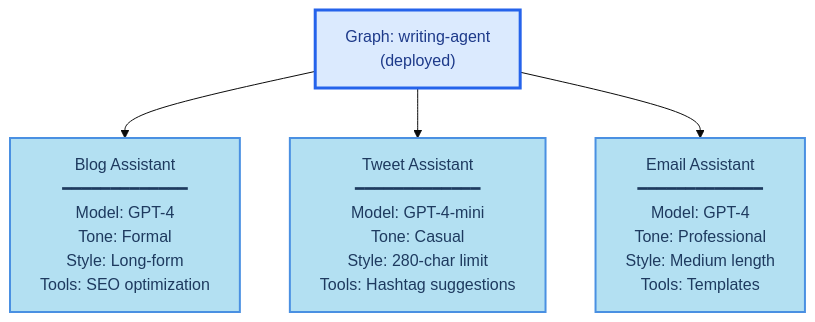
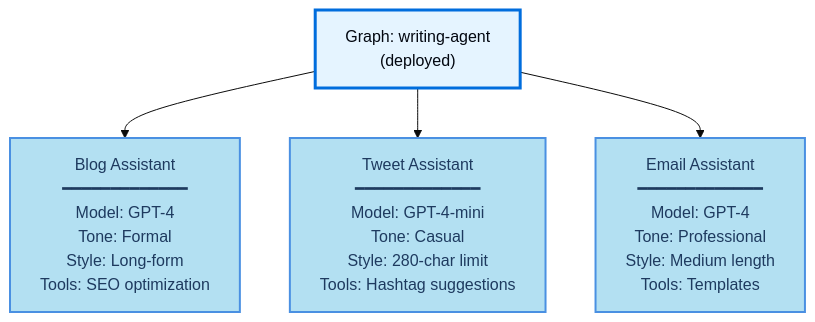
Before and after one commit to kunfan96/cndocs-langchain: the second of 2 diagrams in langsmith/assistants.mdx, drawn with Mermaid (base theme). The commit also changed other lines of this file and 2538 other files, not shown here.

````diff
--- a/langsmith/assistants.mdx
+++ b/langsmith/assistants.mdx
@@ -99,12 +99,12 @@
 ```mermaid actions={false}
 graph TD
     A["Graph: writing-agent<br/>(deployed)"]
     A --> B["Blog Assistant<br/>━━━━━━━━━━━━━<br/>Model: GPT-4<br/>Tone: Formal<br/>Style: Long-form<br/>Tools: SEO optimization"]
     A --> C["Tweet Assistant<br/>━━━━━━━━━━━━━<br/>Model: GPT-4-mini<br/>Tone: Casual<br/>Style: 280-char limit<br/>Tools: Hashtag suggestions"]
     A --> D["Email Assistant<br/>━━━━━━━━━━━━━<br/>Model: GPT-4<br/>Tone: Professional<br/>Style: Medium length<br/>Tools: Templates"]
 
-    style A fill:#DBEAFE,stroke:#2563EB,stroke-width:3px,color:#1E3A8A
+    style A fill:#E5F4FF,stroke:#006DDD,stroke-width:3px,color:#030710
     style B fill:#B3E0F2,stroke:#4A90E2,stroke-width:2px,color:#1E3A5F
     style C fill:#B3E0F2,stroke:#4A90E2,stroke-width:2px,color:#1E3A5F
     style D fill:#B3E0F2,stroke:#4A90E2,stroke-width:2px,color:#1E3A5F
 ```
````
